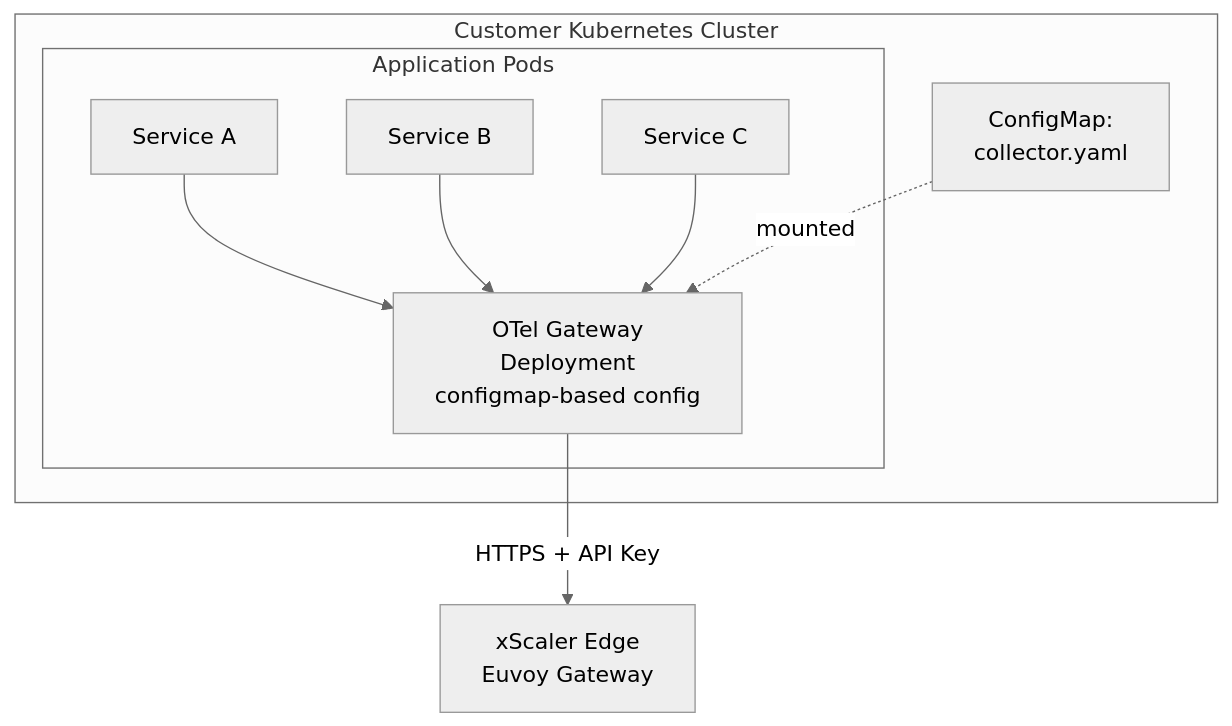
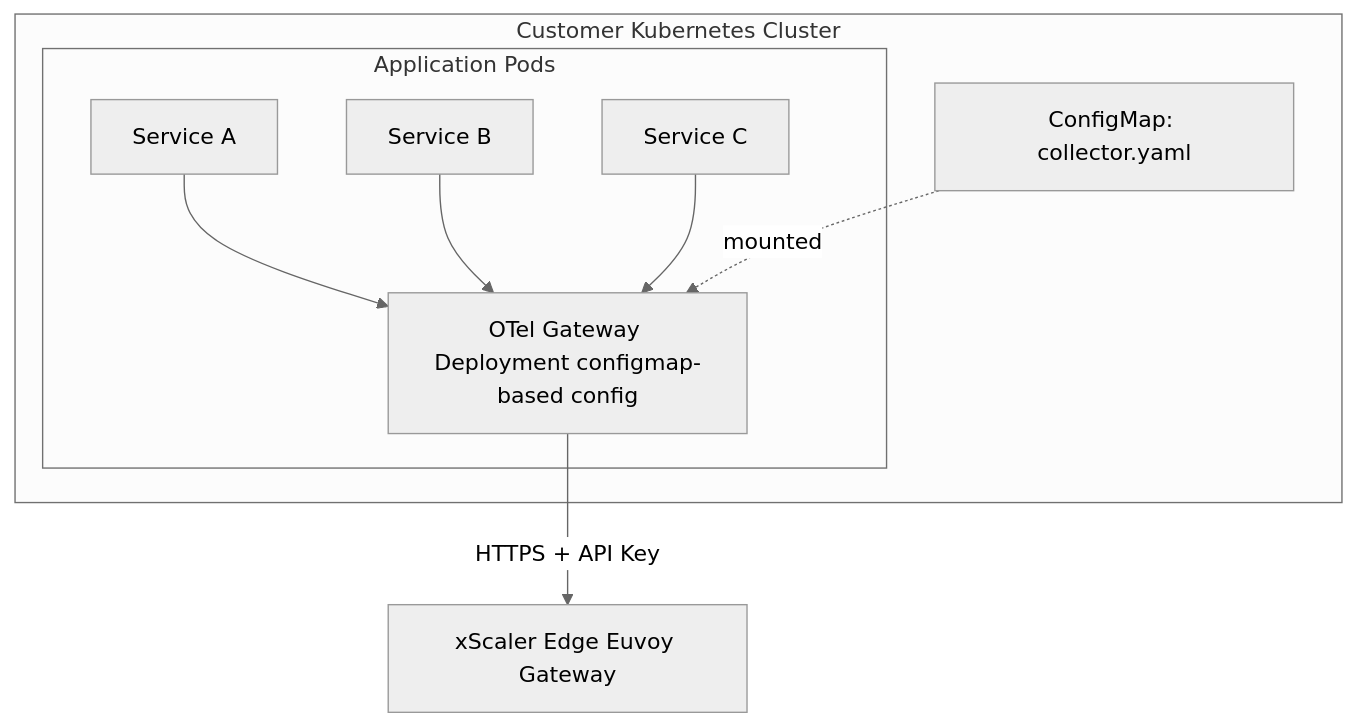
The third of 3 diagrams in docs/session-2/agent-vs-gateway.md (xscaler/training), drawn with Mermaid (neutral theme) before and after one commit. The commit also changed other lines of this file and 38 other files, not shown here.

First line of the commit message:
Remove internal content, fix Mermaid diagrams, and rewrite labs as customer-facing exercises

````diff
--- a/docs/session-2/agent-vs-gateway.md
+++ b/docs/session-2/agent-vs-gateway.md
@@ -121,15 +121,15 @@
 ```mermaid
 graph TB
     subgraph "Customer Kubernetes Cluster"
         subgraph "Application Pods"
             A1[Service A] --> GW
             A2[Service B] --> GW
             A3[Service C] --> GW
         end
-        GW[OTel Gateway\nDeployment\nconfigmap-based config]
-        CM[ConfigMap:\ncollector.yaml]
+        GW[OTel Gateway Deployment configmap-based config]
+        CM[ConfigMap: collector.yaml]
         CM -.->|mounted| GW
     end
 
-    GW -->|HTTPS + API Key| XS[xScaler Edge\nEuvoy Gateway]
+    GW -->|HTTPS + API Key| XS[xScaler Edge Euvoy Gateway]
 ```
````
